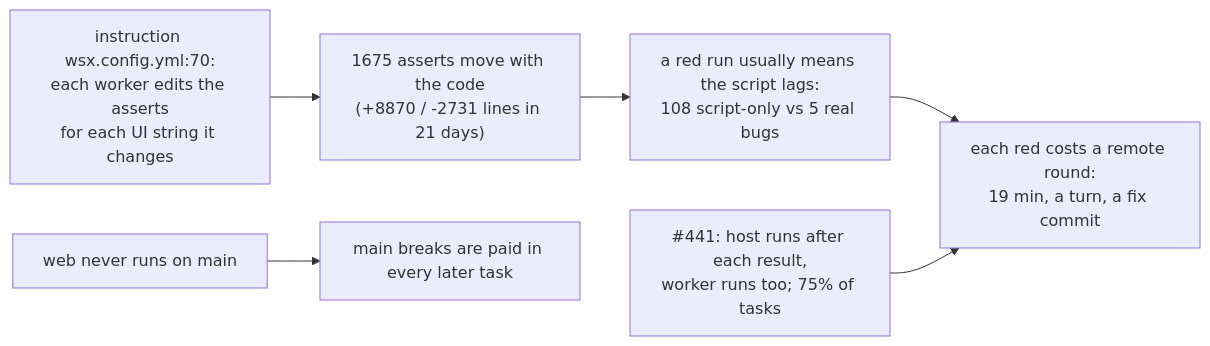
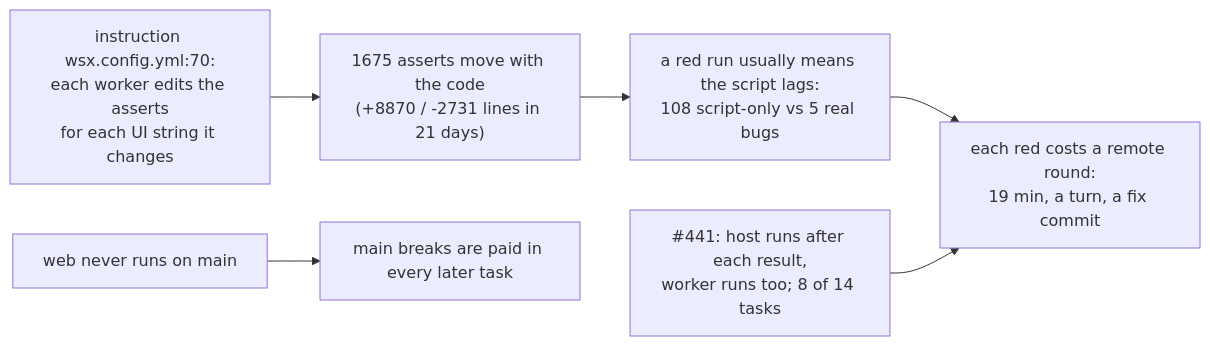
The diagram in docs/design/verification-bottleneck.md (vlwkaos/wsx), drawn with Mermaid before and after one commit. The commit also changed other lines of this file and 2 other files, not shown here.

Commit message:
verification bottleneck: --gate counts tasks landed red; review fixes in both measure scripts

````diff
--- a/docs/design/verification-bottleneck.md
+++ b/docs/design/verification-bottleneck.md
@@ -89,8 +91,8 @@
 ```mermaid
 flowchart LR
   I["instruction wsx.config.yml:70:<br/>each worker edits the asserts<br/>for each UI string it changes"] --> S["1675 asserts move with the code<br/>(+8870 / -2731 lines in 21 days)"]
   S --> F["a red run usually means the script lags:<br/>108 script-only vs 5 real bugs"]
   F --> R["each red costs a remote round:<br/>19 min, a turn, a fix commit"]
-  H["#441: host runs after each result,<br/>worker runs too; 75% of tasks"] --> R
+  H["#441: host runs after each result,<br/>worker runs too; 8 of 14 tasks"] --> R
   M["web never runs on main"] --> D["main breaks are paid in every later task"]
 ```
````
